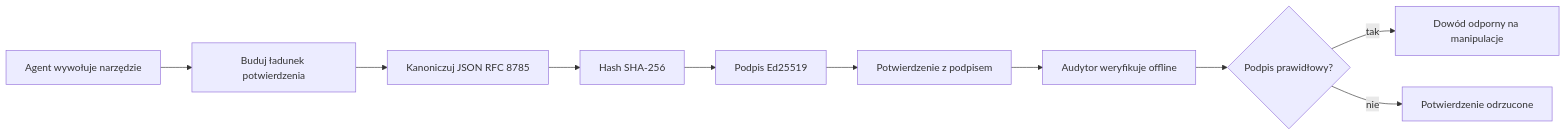
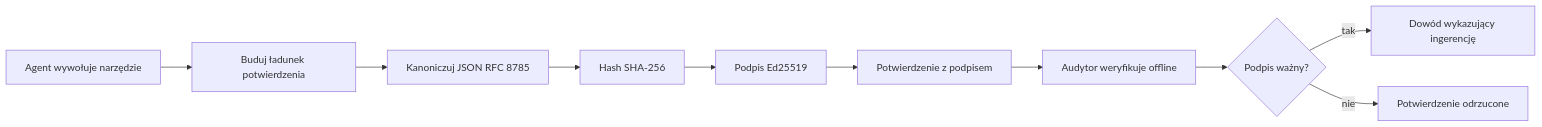
The first of 2 diagrams in mirrors/repos/microsoft@ai-agents-for-beginners/translations/pl/18-securing-ai-agents/README.md (gabrielmoreira/agent-skills-mirror), drawn with Mermaid before and after one commit. The commit also changed other lines of this file and 2285 other files, not shown here.

````diff
--- a/mirrors/repos/microsoft@ai-agents-for-beginners/translations/pl/18-securing-ai-agents/README.md
+++ b/mirrors/repos/microsoft@ai-agents-for-beginners/translations/pl/18-securing-ai-agents/README.md
@@ -51,12 +51,12 @@
 ```mermaid
 flowchart LR
     A[Agent wywołuje narzędzie] --> B[Buduj ładunek potwierdzenia]
     B --> C[Kanoniczuj JSON RFC 8785]
     C --> D[Hash SHA-256]
     D --> E[Podpis Ed25519]
     E --> F[Potwierdzenie z podpisem]
     F --> G[Audytor weryfikuje offline]
-    G --> H{Podpis prawidłowy?}
-    H -- tak --> I[Dowód odporny na manipulacje]
+    G --> H{Podpis ważny?}
+    H -- tak --> I[Dowód wykazujący ingerencję]
     H -- nie --> J[Potwierdzenie odrzucone]
 ```
````
